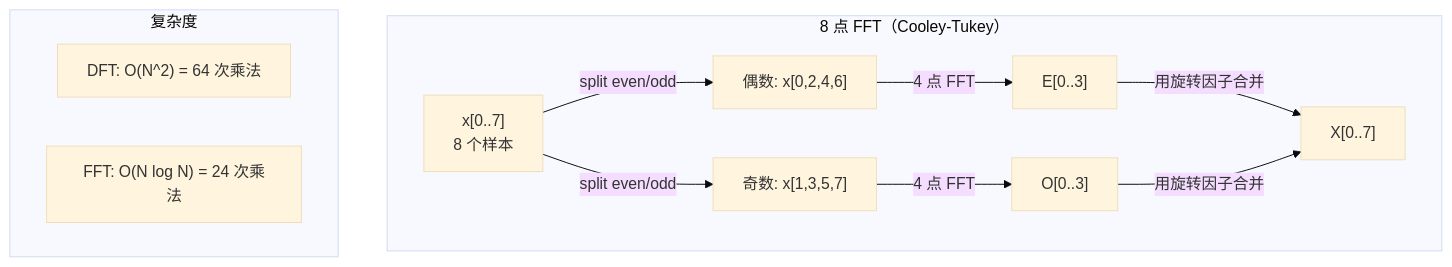
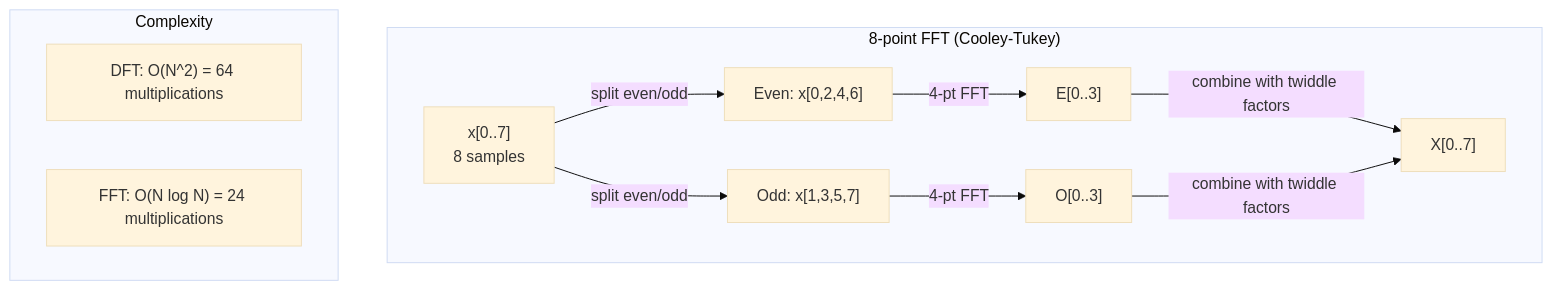
One commit to omigaZen/ai-engineering-from-scratch changed the first of 2 diagrams in phases/01-math-foundations/20-fourier-transform/docs/zh.md. Above: the diagram before and after it, drawn with Mermaid (base theme). The commit also changed other lines of this file and 32 other files, not shown here.

````diff
--- a/phases/01-math-foundations/20-fourier-transform/docs/zh.md
+++ b/phases/01-math-foundations/20-fourier-transform/docs/zh.md
@@ -93,15 +93,15 @@
 ```mermaid
 graph TD
-    subgraph "8 点 FFT（Cooley-Tukey）"
-        X["x[0..7]<br/>8 个样本"] -->|"split even/odd"| E["偶数: x[0,2,4,6]"]
-        X -->|"split even/odd"| O["奇数: x[1,3,5,7]"]
-        E -->|"4 点 FFT"| EK["E[0..3]"]
-        O -->|"4 点 FFT"| OK["O[0..3]"]
-        EK -->|"用旋转因子合并"| XK["X[0..7]"]
-        OK -->|"用旋转因子合并"| XK
+    subgraph "8-point FFT (Cooley-Tukey)"
+        X["x[0..7]<br/>8 samples"] -->|"split even/odd"| E["Even: x[0,2,4,6]"]
+        X -->|"split even/odd"| O["Odd: x[1,3,5,7]"]
+        E -->|"4-pt FFT"| EK["E[0..3]"]
+        O -->|"4-pt FFT"| OK["O[0..3]"]
+        EK -->|"combine with twiddle factors"| XK["X[0..7]"]
+        OK -->|"combine with twiddle factors"| XK
     end
-    subgraph "复杂度"
-        C1["DFT: O(N^2) = 64 次乘法"]
-        C2["FFT: O(N log N) = 24 次乘法"]
+    subgraph "Complexity"
+        C1["DFT: O(N^2) = 64 multiplications"]
+        C2["FFT: O(N log N) = 24 multiplications"]
     end
 ```
````
